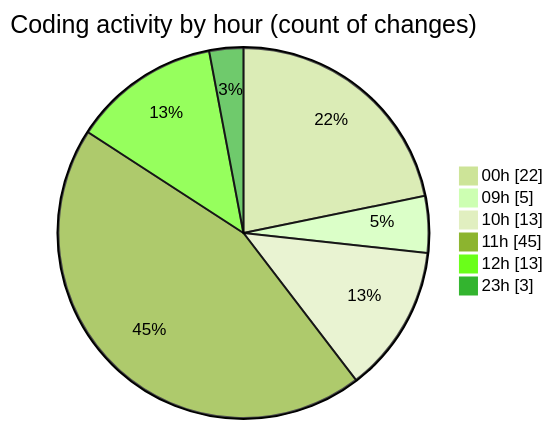
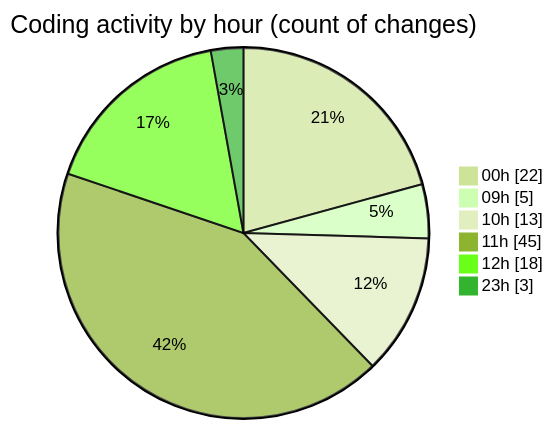
The second of 2 diagrams in 2026-04-10/cda/README.md (momahboobian/code-tracking), drawn with Mermaid (forest theme) before and after one commit. The commit also changed other lines of this file and 1 other file, not shown here.

````diff
--- a/2026-04-10/cda/README.md
+++ b/2026-04-10/cda/README.md
@@ -31,10 +31,10 @@
 ```mermaid
 pie showData
 title Coding activity by hour (count of changes)
 "00h" : 22
 "09h" : 5
 "10h" : 13
 "11h" : 45
-"12h" : 13
+"12h" : 18
 "23h" : 3
 ```
````
